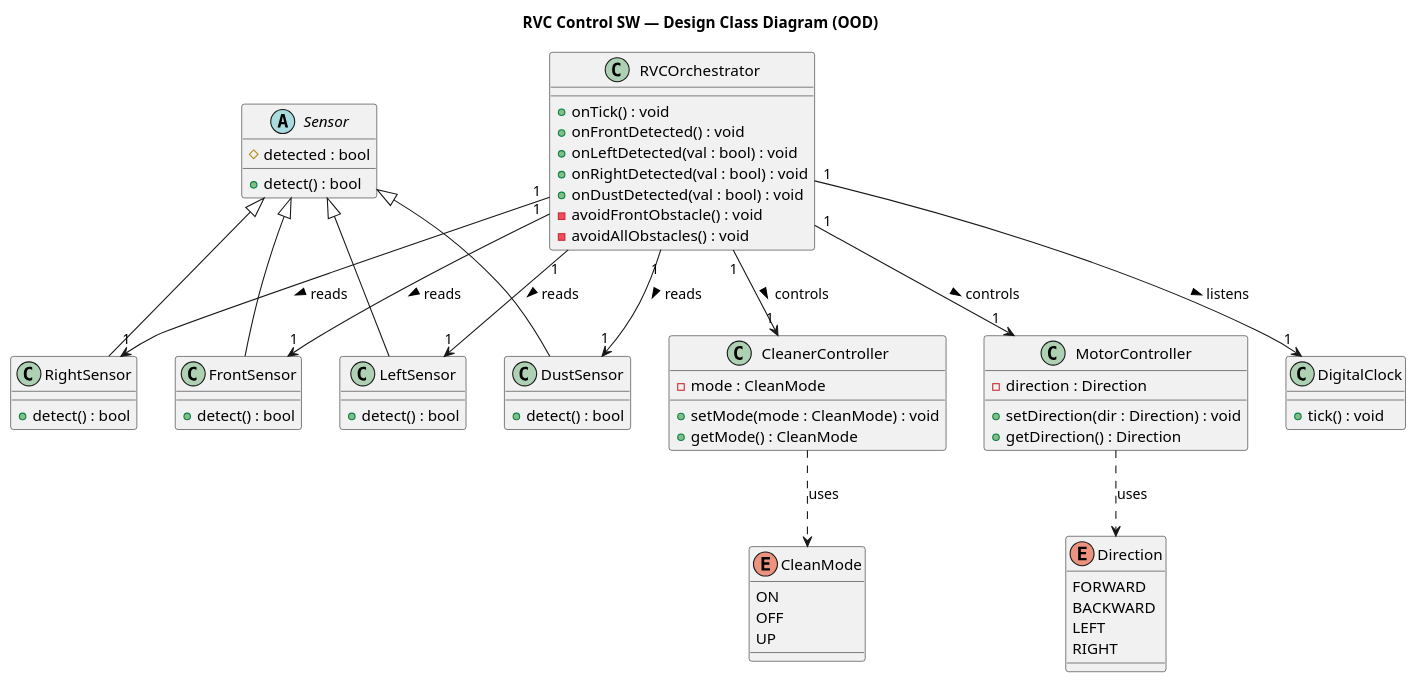
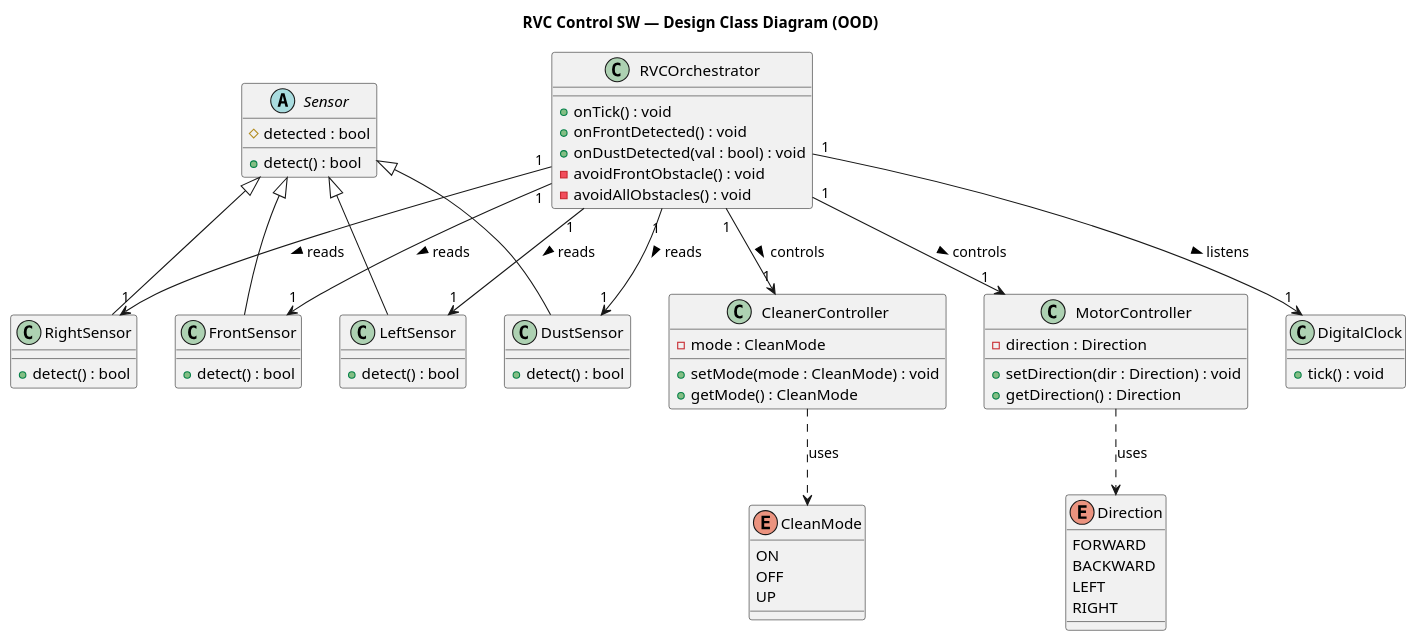
One commit to OOP-konkuk/CICD-Team7 changed the diagram in docs/vibe-coding/03-ood/class-diagram.mdx. Above: the diagram before and after it, drawn with PlantUML. The commit also changed other lines of this file and 25 other files, not shown here.

````diff
--- a/docs/vibe-coding/03-ood/class-diagram.mdx
+++ b/docs/vibe-coding/03-ood/class-diagram.mdx
@@ -34,7 +27,6 @@
 @startuml ClassDiagram_OOD
 title RVC Control SW — Design Class Diagram (OOD)
 
-'== Enumerations ==
 enum Direction {
   FORWARD
   BACKWARD
@@ -48,7 +40,6 @@
   UP
 }
 
-'== Hardware Layer ==
 abstract class Sensor {
   # detected : bool
   + detect() : bool
@@ -74,7 +65,6 @@
   + tick() : void
 }
 
-'== Controller Layer ==
 class MotorController {
   - direction : Direction
   + setDirection(dir : Direction) : void
@@ -87,32 +77,28 @@
   + getMode() : CleanMode
 }
 
-'== Orchestrator ==
 class RVCOrchestrator {
   + onTick() : void
   + onFrontDetected() : void
-  + onLeftDetected(val : bool) : void
-  + onRightDetected(val : bool) : void
   + onDustDetected(val : bool) : void
   - avoidFrontObstacle() : void
   - avoidAllObstacles() : void
 }
 
-'== Relationships ==
 Sensor <|-- FrontSensor
 Sensor <|-- LeftSensor
 Sensor <|-- RightSensor
 Sensor <|-- DustSensor
 
-RVCOrchestrator "1" --> "1" MotorController   : controls >
-RVCOrchestrator "1" --> "1" CleanerController : controls >
-RVCOrchestrator "1" --> "1" FrontSensor       : reads >
-RVCOrchestrator "1" --> "1" LeftSensor        : reads >
-RVCOrchestrator "1" --> "1" RightSensor       : reads >
-RVCOrchestrator "1" --> "1" DustSensor        : reads >
-RVCOrchestrator "1" --> "1" DigitalClock      : listens >
+RVCOrchestrator "1" --> "1" FrontSensor        : reads >
+RVCOrchestrator "1" --> "1" LeftSensor         : reads >
+RVCOrchestrator "1" --> "1" RightSensor        : reads >
+RVCOrchestrator "1" --> "1" DustSensor         : reads >
+RVCOrchestrator "1" --> "1" DigitalClock       : listens >
+RVCOrchestrator "1" --> "1" MotorController    : controls >
+RVCOrchestrator "1" --> "1" CleanerController  : controls >
 
-MotorController  ..> Direction  : uses
-CleanerController ..> CleanMode : uses
+MotorController   ..> Direction  : uses
+CleanerController ..> CleanMode  : uses
 @enduml
 ```
````
